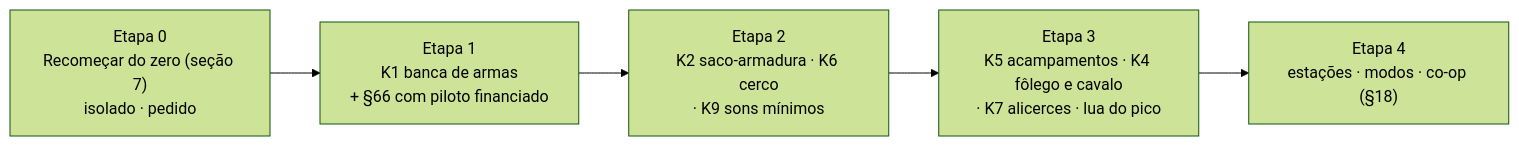
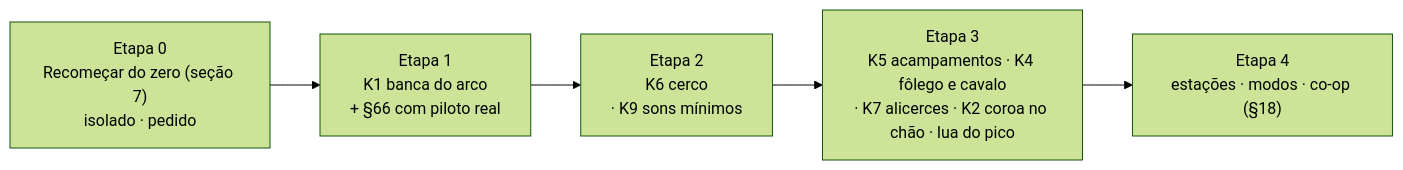
The third of 4 diagrams in docs/recovery/ANALISE-KINGDOM-2026-09-29.md (henriquecoding/empire), drawn with Mermaid (forest theme) before and after one commit. The commit also changed other lines of this file, not shown here.

First line of the commit message:
O que a revisao apontou: a Chamada as Armas, o escudeiro e o recomeco tudo-ou-nada

````diff
--- a/docs/recovery/ANALISE-KINGDOM-2026-09-29.md
+++ b/docs/recovery/ANALISE-KINGDOM-2026-09-29.md
@@ -303,7 +321,7 @@
 ```mermaid
 flowchart LR
-    E0["Etapa 0<br/>Recomeçar do zero (seção 7)<br/>isolado · pedido"] --> E1["Etapa 1<br/>K1 banca de armas<br/>+ §66 com piloto financiado"]
-    E1 --> E2["Etapa 2<br/>K2 saco-armadura · K6 cerco<br/>· K9 sons mínimos"]
-    E2 --> E3["Etapa 3<br/>K5 acampamentos · K4 fôlego e cavalo<br/>· K7 alicerces · lua do pico"]
+    E0["Etapa 0<br/>Recomeçar do zero (seção 7)<br/>isolado · pedido"] --> E1["Etapa 1<br/>K1 banca do arco<br/>+ §66 com piloto real"]
+    E1 --> E2["Etapa 2<br/>K6 cerco<br/>· K9 sons mínimos"]
+    E2 --> E3["Etapa 3<br/>K5 acampamentos · K4 fôlego e cavalo<br/>· K7 alicerces · K2 coroa no chão · lua do pico"]
     E3 --> E4["Etapa 4<br/>estações · modos · co-op (§18)"]
 ```
````
